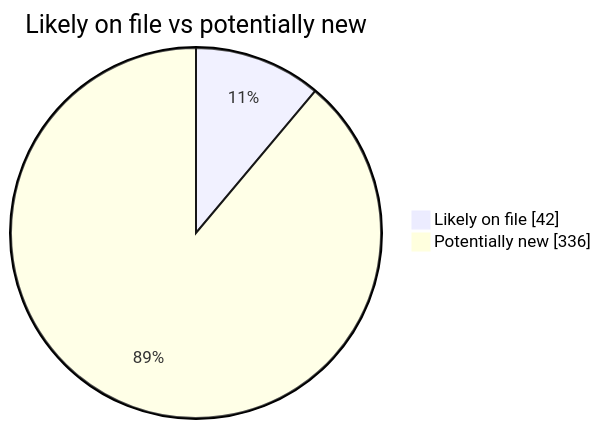
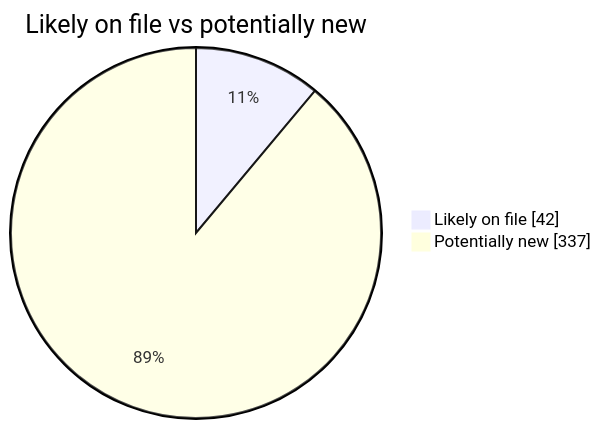
One commit to martinbalfanz/social-scanner-reports changed the second of 4 diagrams in README.md. Above: the diagram before and after it, drawn with Mermaid. The commit also changed other lines of this file and 4 other files, not shown here.

````diff
--- a/README.md
+++ b/README.md
@@ -40,5 +40,5 @@
 ```mermaid
 pie showData title Likely on file vs potentially new
     "Likely on file" : 42
-    "Potentially new" : 336
+    "Potentially new" : 337
 ```
````
